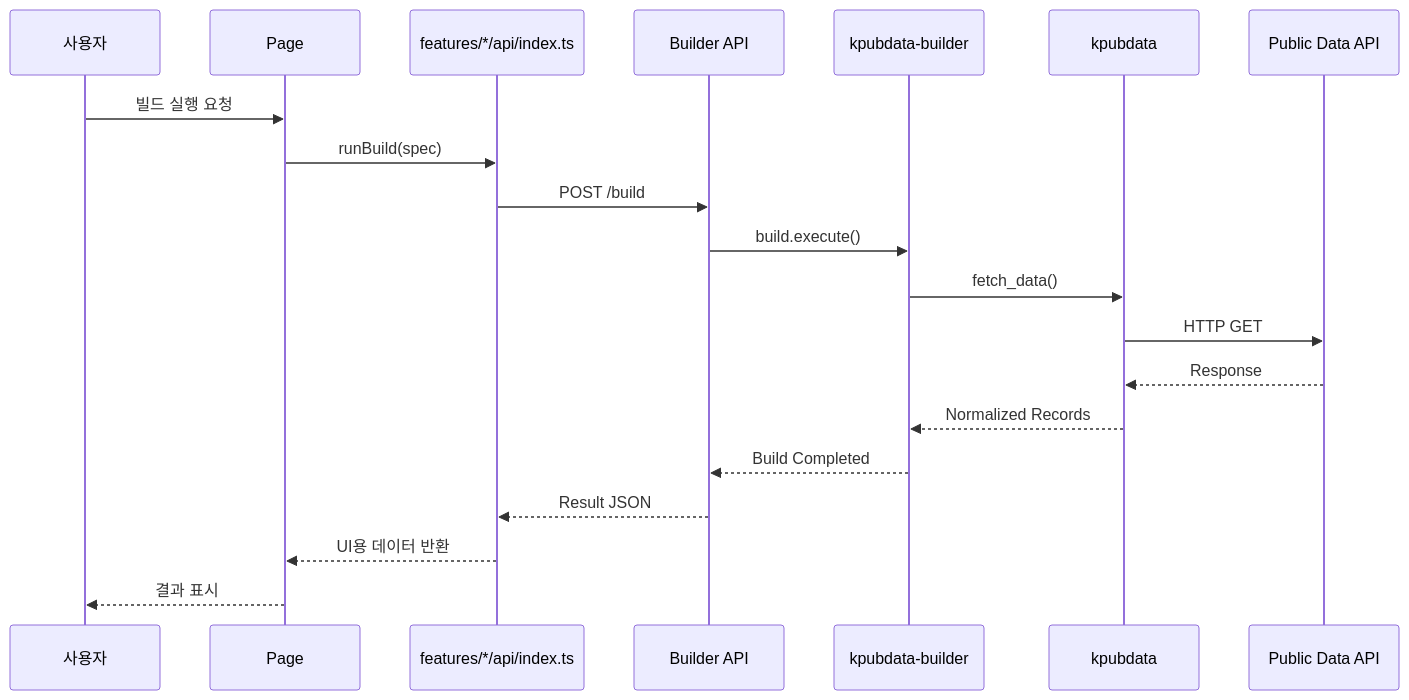
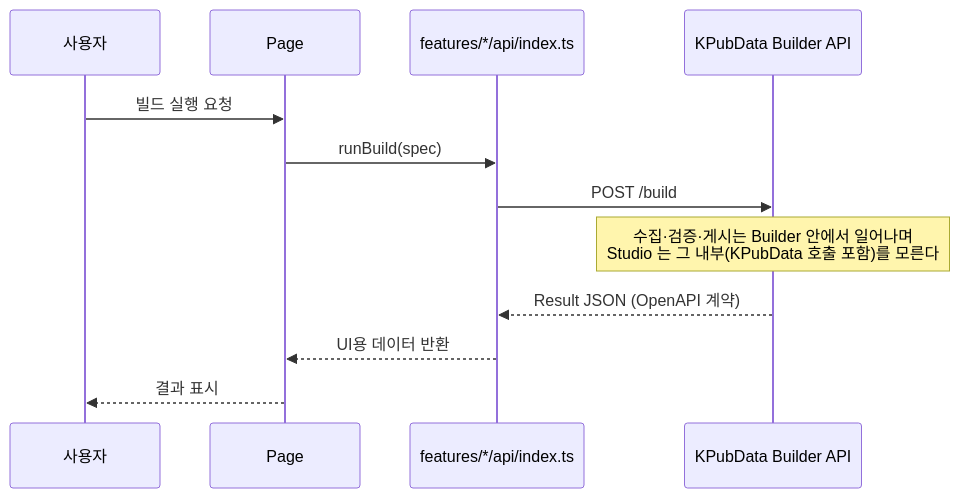
The fourth of 5 diagrams in ARCHITECTURE.md (kpubdata-lab/kpubdata-studio), drawn with Mermaid before and after one commit. The commit also changed other lines of this file and 7 other files, not shown here.

First line of the commit message:
docs: name KPubData rather than Core, and stop the diagram at the Builder API

````diff
--- a/ARCHITECTURE.md
+++ b/ARCHITECTURE.md
@@ -124,23 +124,15 @@
 ```mermaid
 sequenceDiagram
     participant User as 사용자
     participant Page as Page
     participant FeatureAPI as features/*/api/index.ts
-    participant BAPI as Builder API
-    participant Builder as kpubdata-builder
-    participant Core as kpubdata
-    participant Pub as Public Data API
+    participant BAPI as KPubData Builder API
 
     User->>Page: 빌드 실행 요청
     Page->>FeatureAPI: runBuild(spec)
     FeatureAPI->>BAPI: POST /build
-    BAPI->>Builder: build.execute()
-    Builder->>Core: fetch_data()
-    Core->>Pub: HTTP GET
-    Pub-->>Core: Response
-    Core-->>Builder: Normalized Records
-    Builder-->>BAPI: Build Completed
-    BAPI-->>FeatureAPI: Result JSON
+    Note over BAPI: 수집·검증·게시는 Builder 안에서 일어나며<br/>Studio 는 그 내부(KPubData 호출 포함)를 모른다
+    BAPI-->>FeatureAPI: Result JSON (OpenAPI 계약)
     FeatureAPI-->>Page: UI용 데이터 반환
     Page-->>User: 결과 표시
 ```
````
